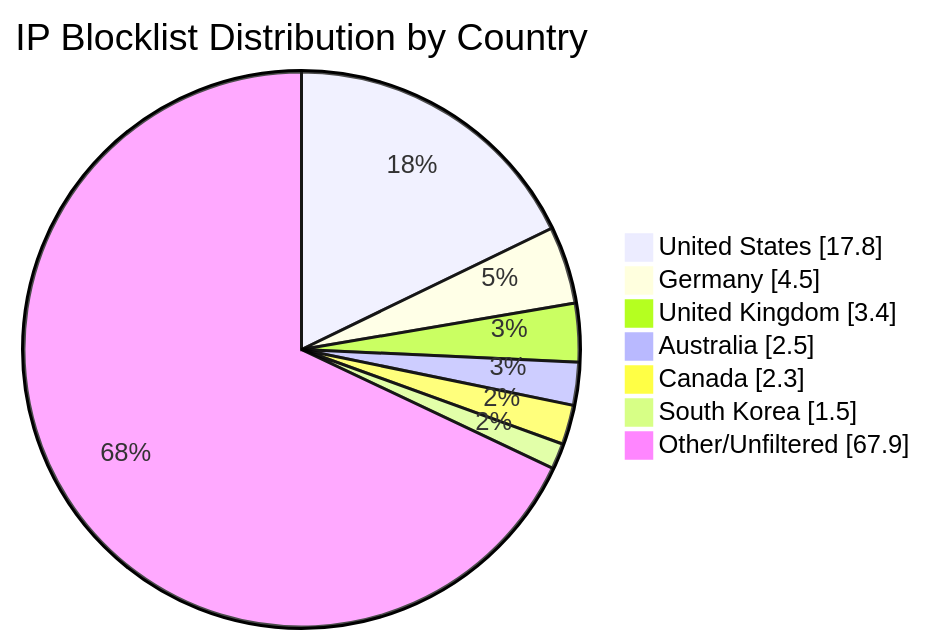
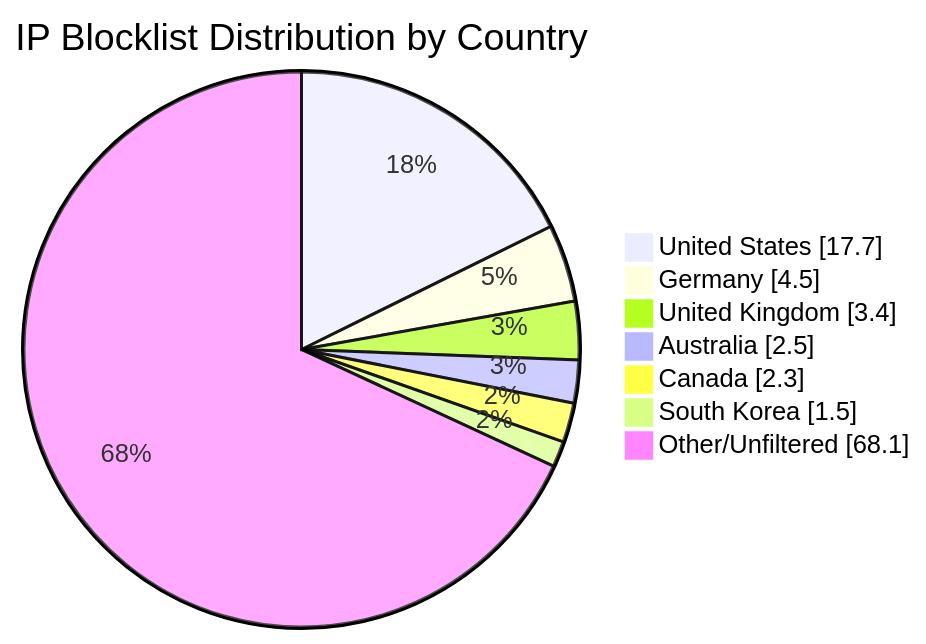
The diagram in README.md (MarcusHoltz/ipblocklist-geofiltered-aggregator), drawn with Mermaid before and after one commit. The commit also changed other lines of this file and 9 other files, not shown here.

````diff
--- a/README.md
+++ b/README.md
@@ -34,10 +34,10 @@
 ```mermaid
 pie showData title IP Blocklist Distribution by Country
-"United States" : 17.8
+"United States" : 17.7
 "Germany" : 4.5
 "United Kingdom" : 3.4
 "Australia" : 2.5
 "Canada" : 2.3
 "South Korea" : 1.5
-"Other/Unfiltered" : 67.9
+"Other/Unfiltered" : 68.1
 ```
````
